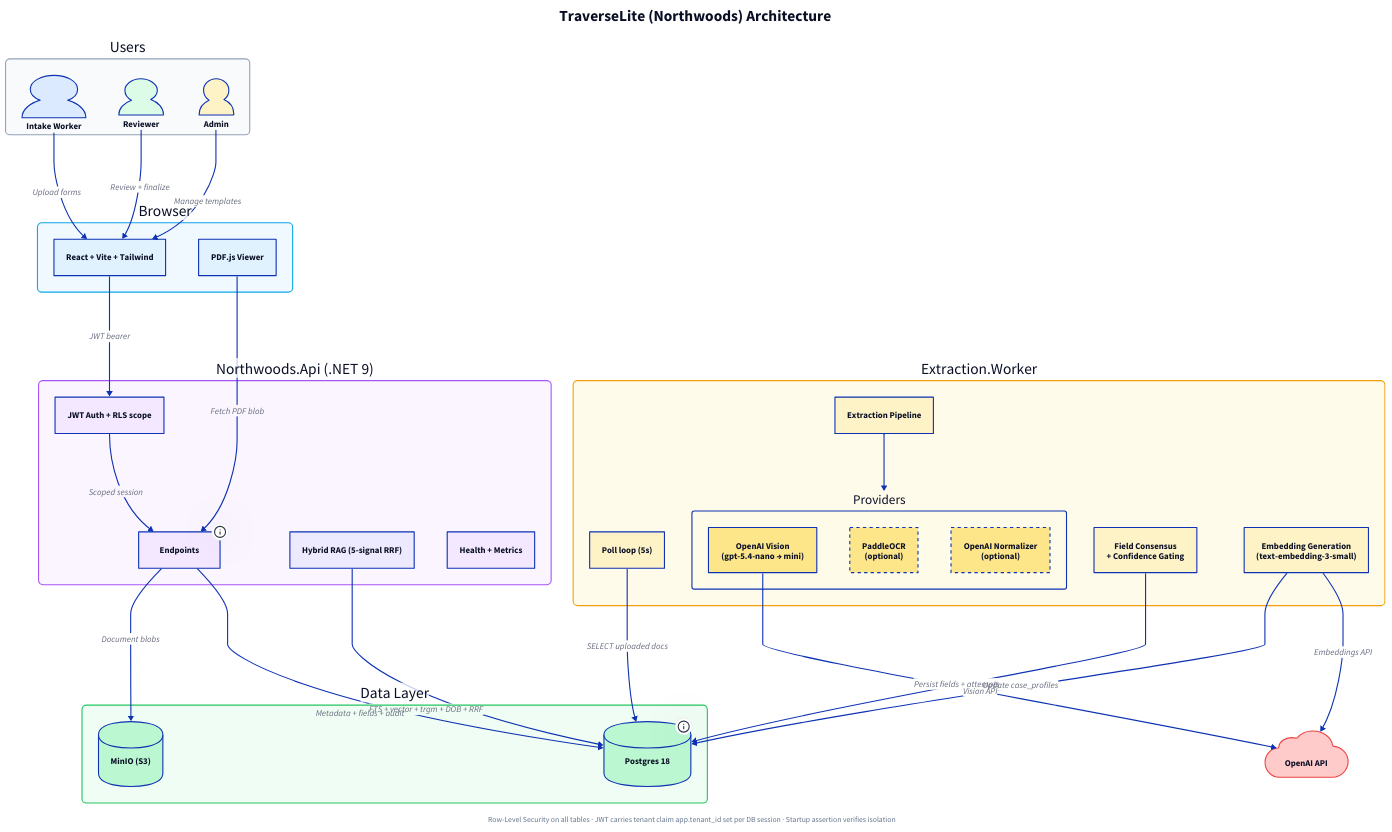
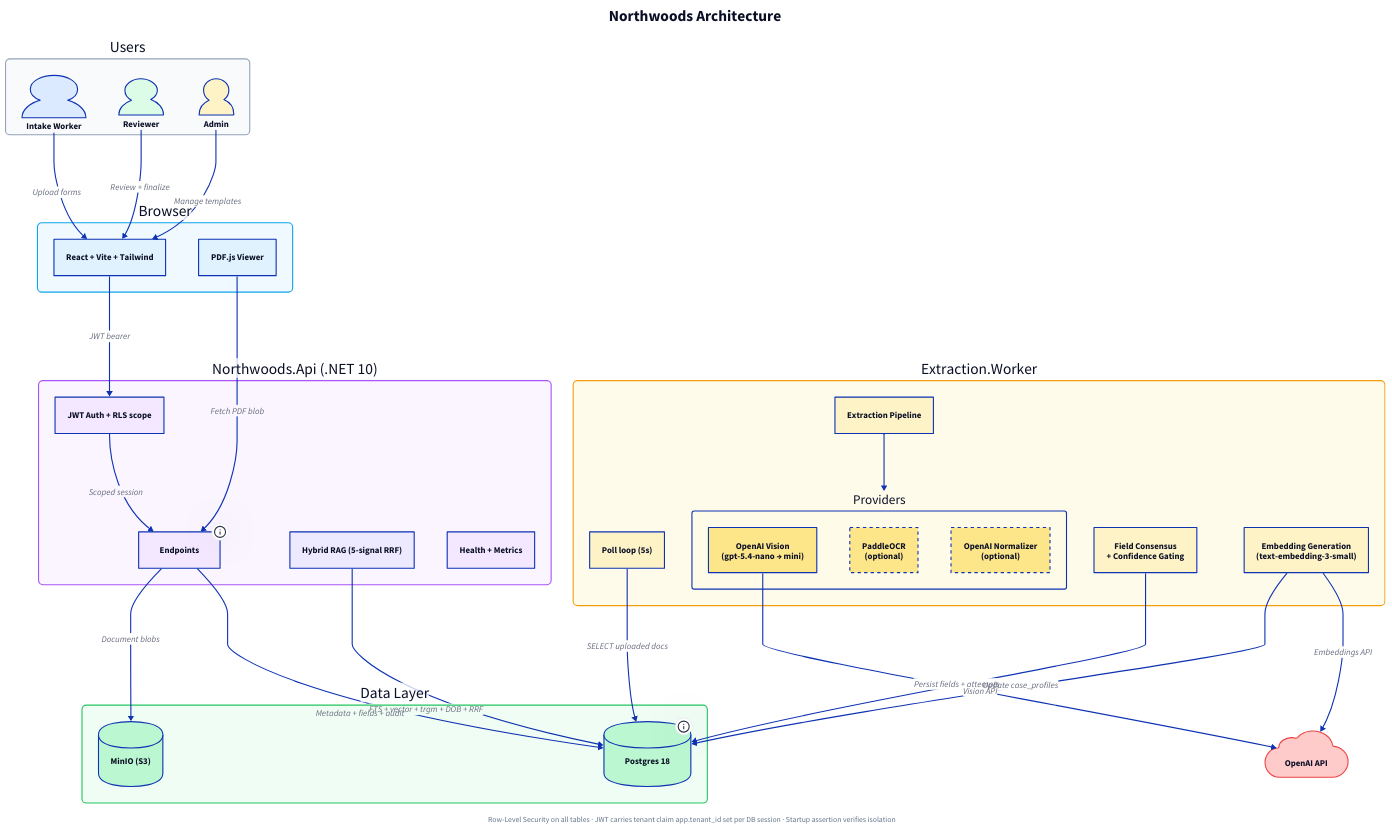
The diagram in docs/architecture-overview.d2 (open-horizon-labs/northwoods), drawn with D2 before and after one commit. The commit also changed 3 other files, not shown here.

First line of the commit message:
docs: refine submission package — scannable overview, embedded diagram, remove self-assessment

```diff
--- a/docs/architecture-overview.d2
+++ b/docs/architecture-overview.d2
@@ -1,196 +1,196 @@
 direction: down
 
-title: TraverseLite (Northwoods) Architecture {
+title: Northwoods Architecture {
   near: top-center
   shape: text
   style: {
     font-size: 28
     bold: true
   }
 }
 
 # Users
 users: Users {
   style: {
     fill: "#f8fafc"
     stroke: "#94a3b8"
     border-radius: 8
   }
   iw: Intake Worker {
     shape: person
     style.fill: "#dbeafe"
   }
   rv: Reviewer {
     shape: person
     style.fill: "#dcfce7"
   }
   admin: Admin {
     shape: person
     style.fill: "#fef3c7"
   }
 }
 
 # Frontend
 browser: Browser {
   style: {
     fill: "#f0f9ff"
     stroke: "#0ea5e9"
     border-radius: 8
   }
   react: React + Vite + Tailwind {
     shape: rectangle
     style.fill: "#e0f2fe"
   }
   pdfjs: PDF.js Viewer {
     shape: rectangle
     style.fill: "#e0f2fe"
   }
 }
 
 # API Layer
-api: Northwoods.Api (.NET 9) {
+api: Northwoods.Api (.NET 10) {
   style: {
     fill: "#faf5ff"
     stroke: "#a855f7"
     border-radius: 8
   }
   auth: JWT Auth + RLS scope {
     shape: rectangle
     style.fill: "#f3e8ff"
   }
   endpoints: Endpoints {
     shape: rectangle
     style.fill: "#f3e8ff"
     tooltip: |md
       - /auth/login
       - /intakes (upload)
       - /reviews (queue, detail, finalize)
       - /search, /cases
       - /templates (CRUD, blank PDF)
       - /admin (wipe, reprocess)
       - /scalar/v1 (API docs)
     |
   }
   rag: Hybrid RAG (5-signal RRF) {
     shape: rectangle
     style.fill: "#ede9fe"
   }
   metrics: Health + Metrics {
     shape: rectangle
     style.fill: "#f3e8ff"
   }
 }
 
 # Worker
 worker: Extraction.Worker {
   style: {
     fill: "#fffbeb"
     stroke: "#f59e0b"
     border-radius: 8
   }
   poll: Poll loop (5s) {
     shape: rectangle
     style.fill: "#fef3c7"
   }
   pipeline: Extraction Pipeline {
     shape: rectangle
     style.fill: "#fef3c7"
   }
   providers: Providers {
     style: {
       fill: "#fefce8"
       border-radius: 4
     }
     vision: OpenAI Vision\n(gpt-5.4-nano → mini) {
       shape: rectangle
       style.fill: "#fde68a"
     }
     paddle: PaddleOCR\n(optional) {
       shape: rectangle
       style.fill: "#fde68a"
       style.stroke-dash: 3
     }
     normalizer: OpenAI Normalizer\n(optional) {
       shape: rectangle
       style.fill: "#fde68a"
       style.stroke-dash: 3
     }
   }
   consensus: Field Consensus\n+ Confidence Gating {
     shape: rectangle
     style.fill: "#fef3c7"
   }
   embed: Embedding Generation\n(text-embedding-3-small) {
     shape: rectangle
     style.fill: "#fef3c7"
   }
 }
 
 # Data
 data: Data Layer {
   style: {
     fill: "#f0fdf4"
     stroke: "#22c55e"
     border-radius: 8
   }
   pg: Postgres 18 {
     shape: cylinder
     style.fill: "#bbf7d0"
     tooltip: |md
       - RLS on all 7 tables
       - pgvector (HNSW index)
       - pg_trgm (GIN indexes)
       - FTS (tsvector)
       - Append-only extraction_attempts
       - Audit events with correlation IDs
     |
   }
   minio: MinIO (S3) {
     shape: cylinder
     style.fill: "#bbf7d0"
   }
 }
 
 # External
 openai: OpenAI API {
   shape: cloud
   style: {
     fill: "#fecaca"
     stroke: "#ef4444"
   }
 }
 
 # Connections
 users.iw -> browser.react: Upload forms
 users.rv -> browser.react: Review + finalize
 users.admin -> browser.react: Manage templates
 
 browser.react -> api.auth: JWT bearer
 browser.pdfjs -> api.endpoints: Fetch PDF blob
 
 api.auth -> api.endpoints: Scoped session
 api.endpoints -> data.pg: Metadata + fields + audit
 api.endpoints -> data.minio: Document blobs
 api.rag -> data.pg: FTS + vector + trgm + DOB + RRF
 
 worker.poll -> data.pg: SELECT uploaded docs
 worker.pipeline -> worker.providers
 worker.providers.vision -> openai: Vision API
 worker.consensus -> data.pg: Persist fields + attempts
 worker.embed -> openai: Embeddings API
 worker.embed -> data.pg: Update case_profiles
 
 # Tenant isolation
 tenant: Tenant Isolation {
   near: bottom-center
   shape: text
   style: {
     font-size: 14
     italic: true
     font-color: "#64748b"
   }
   label: |md
     Row-Level Security on all tables · JWT carries tenant claim
     app.tenant_id set per DB session · Startup assertion verifies isolation
   |
 }
```
